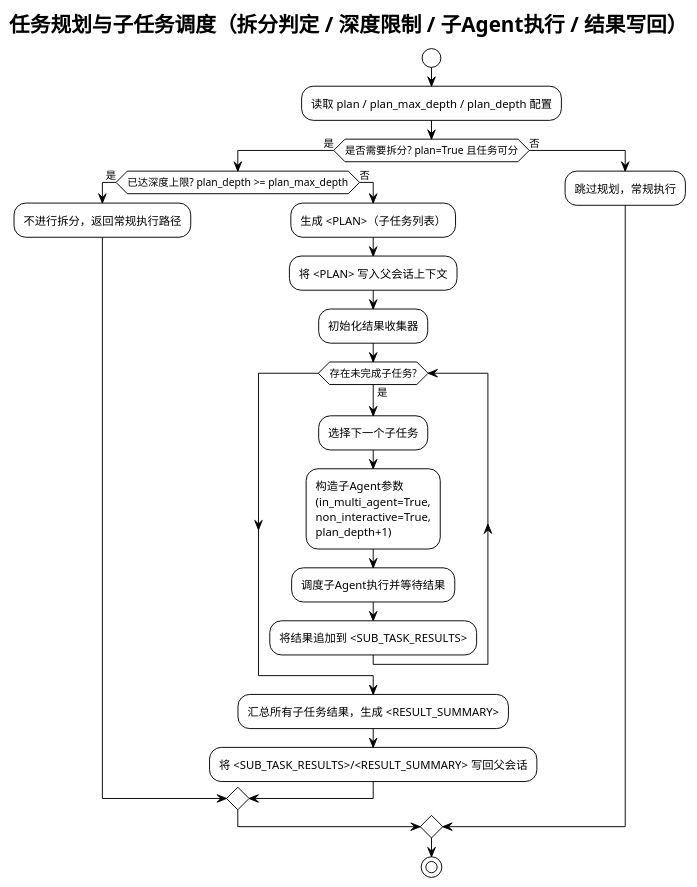
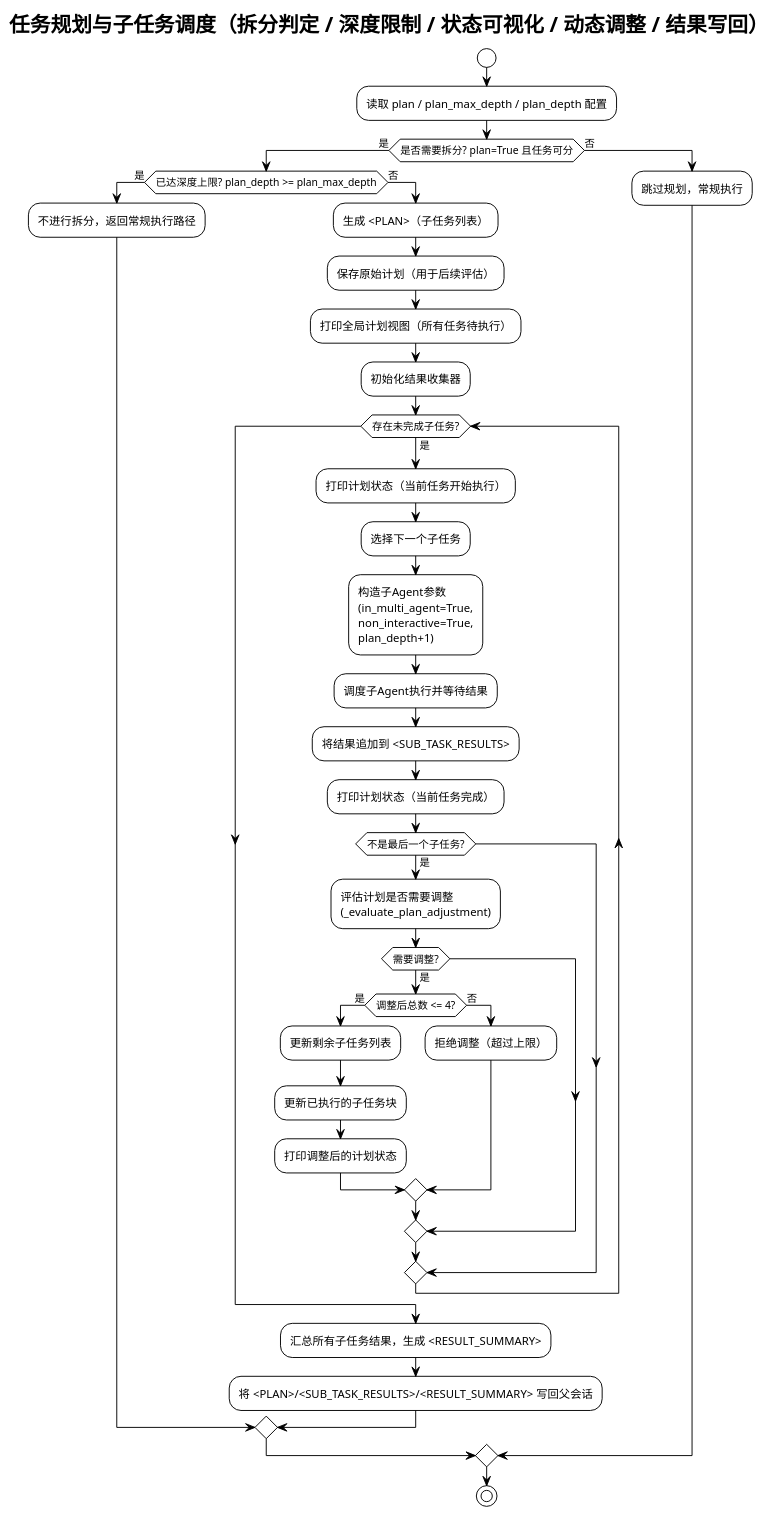
Before and after one commit to skyfireitdiy/Jarvis: diagram 15 of 60 in 技术报告.md, drawn with PlantUML. The commit also changed other lines of this file, not shown here.

Commit message:
feat(TaskPlanner): 支持计划动态调整与状态可视化
在 TaskPlanner 模块中新增计划执行过程中的状态可视化能力，实时展示子任务的执行进度（待执行/执行中/已完成），并引入计划动态调整机制：每完成一个子任务后，基于已有结果评估剩余计划是否需要优化。调整仅作用于未执行任务，且受子任务数量上限约束，确保系统稳定性与可解释性。

````diff
--- a/技术报告.md
+++ b/技术报告.md
@@ -1050,29 +1060,44 @@
 ```plantuml
 @startuml
 !theme plain
-title 任务规划与子任务调度（拆分判定 / 深度限制 / 子Agent执行 / 结果写回）
+title 任务规划与子任务调度（拆分判定 / 深度限制 / 状态可视化 / 动态调整 / 结果写回）
 
 start
 :读取 plan / plan_max_depth / plan_depth 配置;
 if (是否需要拆分? plan=True 且任务可分) then (是)
   if (已达深度上限? plan_depth >= plan_max_depth) then (是)
     :不进行拆分，返回常规执行路径;
   else (否)
     :生成 <PLAN>（子任务列表）;
-    :将 <PLAN> 写入父会话上下文;
+    :保存原始计划（用于后续评估）;
+    :打印全局计划视图（所有任务待执行）;
     :初始化结果收集器;
     while (存在未完成子任务?) is (是)
+      :打印计划状态（当前任务开始执行）;
       :选择下一个子任务;
       :构造子Agent参数\n(in_multi_agent=True,\nnon_interactive=True,\nplan_depth+1);
       :调度子Agent执行并等待结果;
       :将结果追加到 <SUB_TASK_RESULTS>;
+      :打印计划状态（当前任务完成）;
+      if (不是最后一个子任务?) then (是)
+        :评估计划是否需要调整\n(_evaluate_plan_adjustment);
+        if (需要调整?) then (是)
+          if (调整后总数 <= 4?) then (是)
+            :更新剩余子任务列表;
+            :更新已执行的子任务块;
+            :打印调整后的计划状态;
+          else (否)
+            :拒绝调整（超过上限）;
+          endif
+        endif
+      endif
     endwhile
     :汇总所有子任务结果，生成 <RESULT_SUMMARY>;
-    :将 <SUB_TASK_RESULTS>/<RESULT_SUMMARY> 写回父会话;
+    :将 <PLAN>/<SUB_TASK_RESULTS>/<RESULT_SUMMARY> 写回父会话;
   endif
 else (否)
   :跳过规划，常规执行;
 endif
 stop
 @enduml
 ```
````
